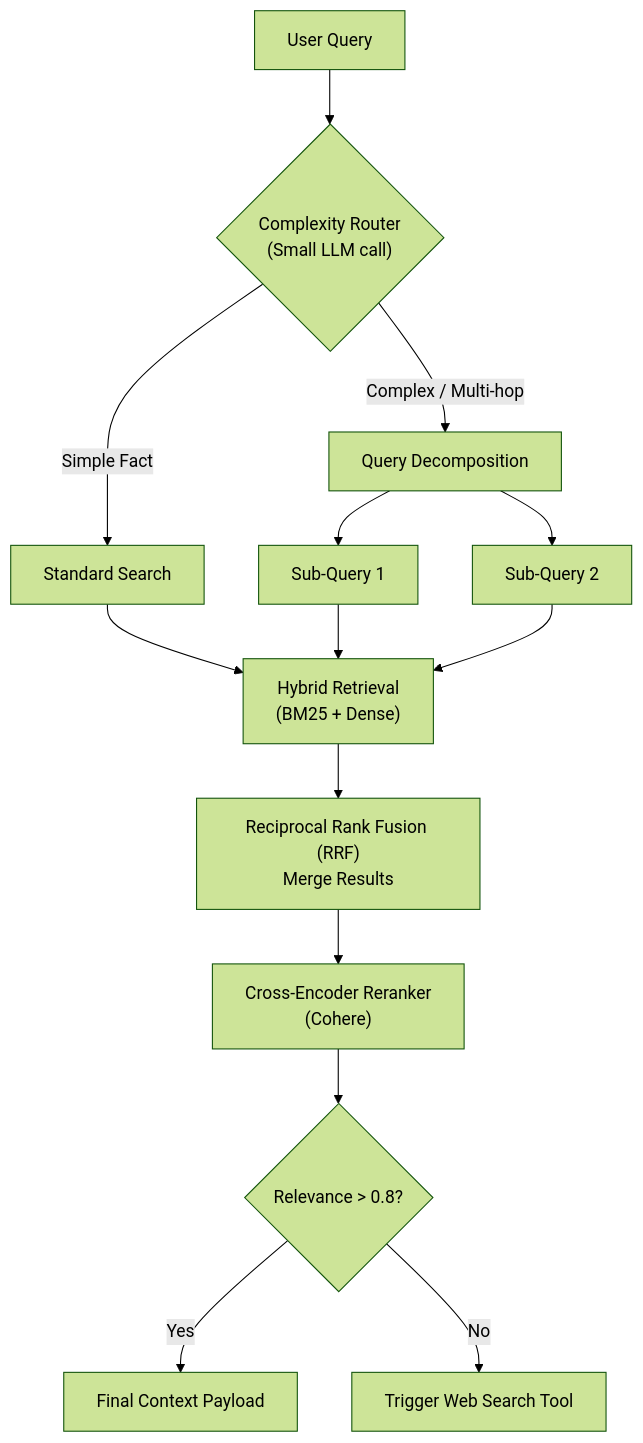
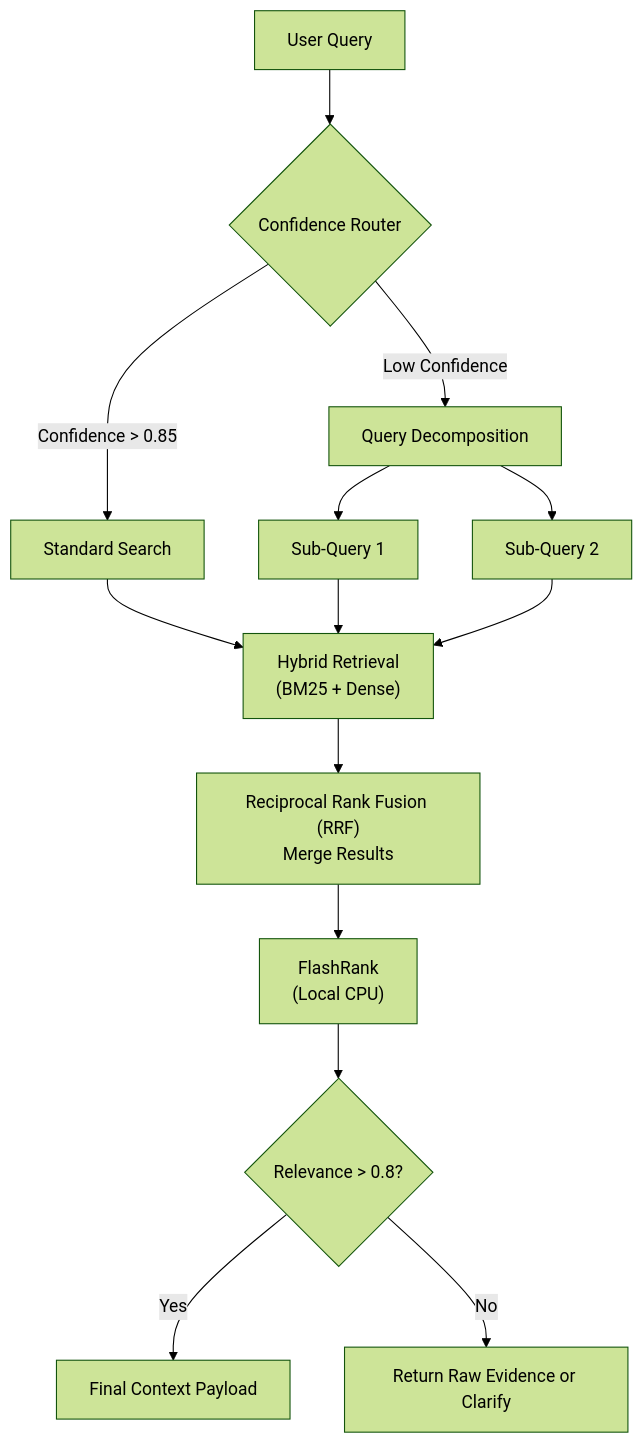
One commit to dpsdagain/RAG changed the fourth of 7 diagrams in rag_final_architecture_2026.md. Above: the diagram before and after it, drawn with Mermaid (forest theme). The commit also changed other lines of this file and 6 other files, not shown here.

Commit message:
docs: refactor RAG architecture to strict 0-VRAM CPU-first baseline

````diff
--- a/rag_final_architecture_2026.md
+++ b/rag_final_architecture_2026.md
@@ -107,21 +113,21 @@
 ```mermaid
 graph TD
-    Query["User Query"] --> Router{"Complexity Router<br>(Small LLM call)"}
+    Query["User Query"] --> Router{"Confidence Router"}
     
-    Router -->|Simple Fact| DirectSearch["Standard Search"]
-    Router -->|Complex / Multi-hop| Decomp["Query Decomposition"]
+    Router -->|Confidence > 0.85| DirectSearch["Standard Search"]
+    Router -->|Low Confidence| Decomp["Query Decomposition"]
     
     Decomp --> SubQ1["Sub-Query 1"]
     Decomp --> SubQ2["Sub-Query 2"]
     
     DirectSearch --> Hybrid["Hybrid Retrieval<br>(BM25 + Dense)"]
     SubQ1 --> Hybrid
     SubQ2 --> Hybrid
     
     Hybrid --> RRF["Reciprocal Rank Fusion (RRF)<br>Merge Results"]
-    RRF --> Rerank["Cross-Encoder Reranker<br>(Cohere)"]
-    Rerank --> Threshold{"Relevance > 0.8?"}
+    RRF --> FlashRankRerank["FlashRank<br>(Local CPU)"]
+    FlashRankRerank --> Threshold{"Relevance > 0.8?"}
     
     Threshold -->|Yes| Final["Final Context Payload"]
-    Threshold -->|No| WebSearch["Trigger Web Search Tool"]
+    Threshold -->|No| Fallback["Return Raw Evidence or Clarify"]
 ```
````
